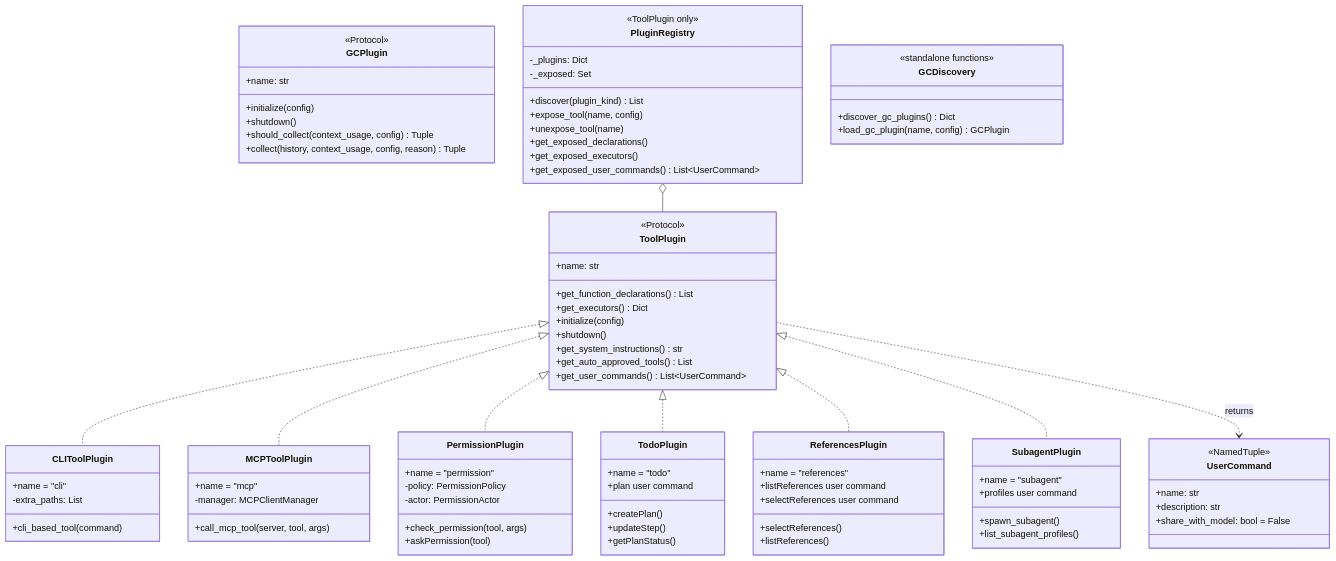
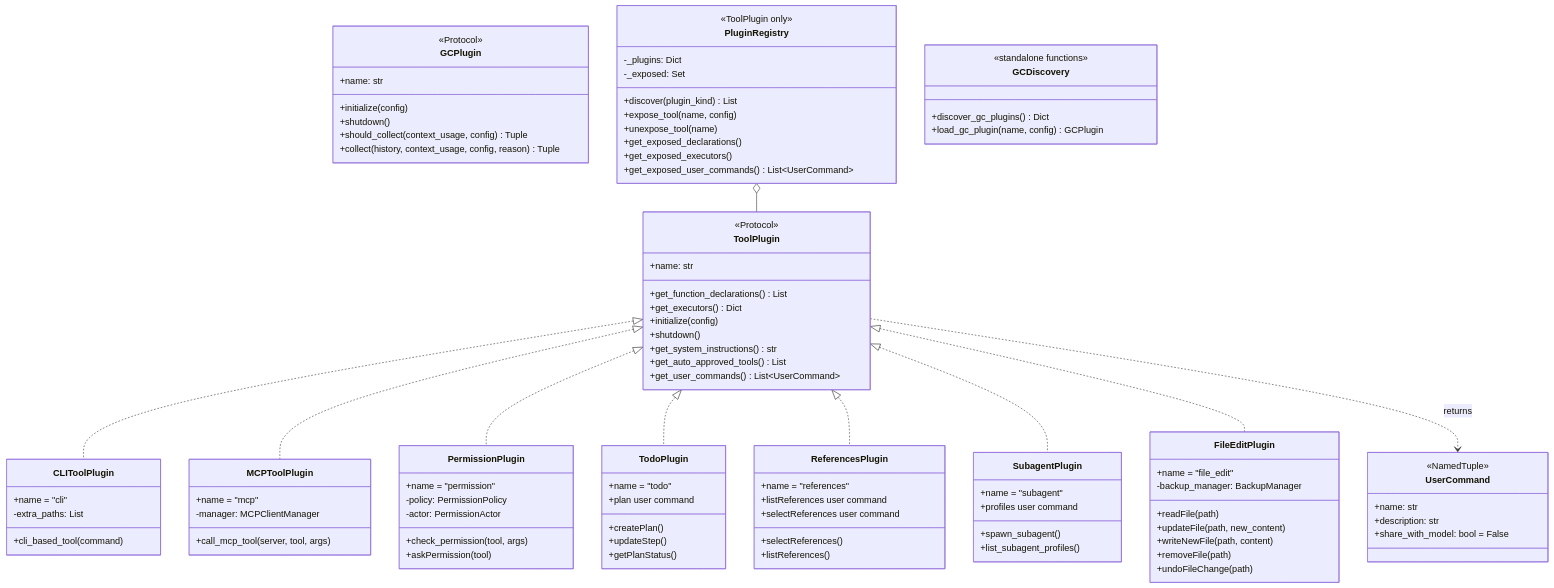
One commit to Jaato-framework-and-examples/jaato changed the third of 3 diagrams in docs/architecture.md. Above: the diagram before and after it, drawn with Mermaid. The commit also changed other lines of this file and 6 other files, not shown here.

First line of the commit message:
docs(file_edit): Add README, tests, and update architecture docs

````diff
--- a/docs/architecture.md
+++ b/docs/architecture.md
@@ -277,12 +279,23 @@
         +profiles user command
     }
 
+    class FileEditPlugin {
+        +name = "file_edit"
+        -backup_manager: BackupManager
+        +readFile(path)
+        +updateFile(path, new_content)
+        +writeNewFile(path, content)
+        +removeFile(path)
+        +undoFileChange(path)
+    }
+
     ToolPlugin <|.. CLIToolPlugin
     ToolPlugin <|.. MCPToolPlugin
     ToolPlugin <|.. PermissionPlugin
     ToolPlugin <|.. TodoPlugin
     ToolPlugin <|.. ReferencesPlugin
     ToolPlugin <|.. SubagentPlugin
+    ToolPlugin <|.. FileEditPlugin
     PluginRegistry o-- ToolPlugin
     ToolPlugin ..> UserCommand : returns
 ```
````
